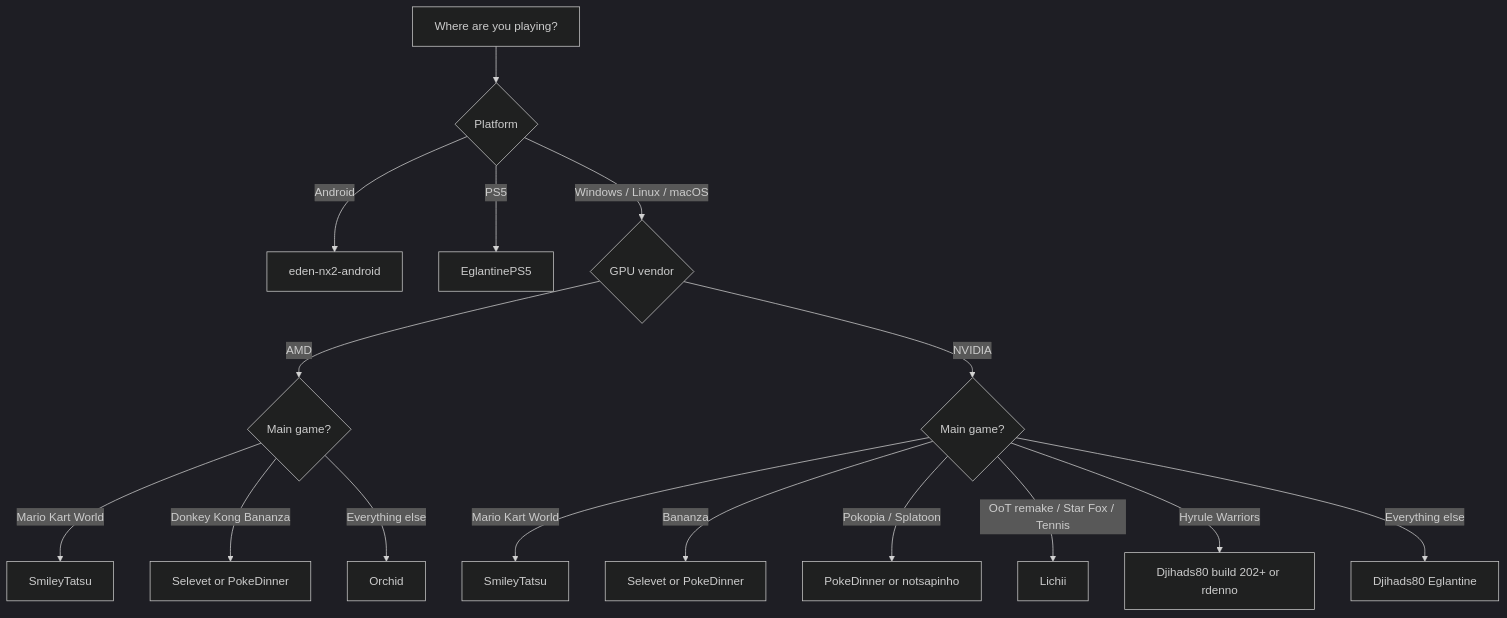
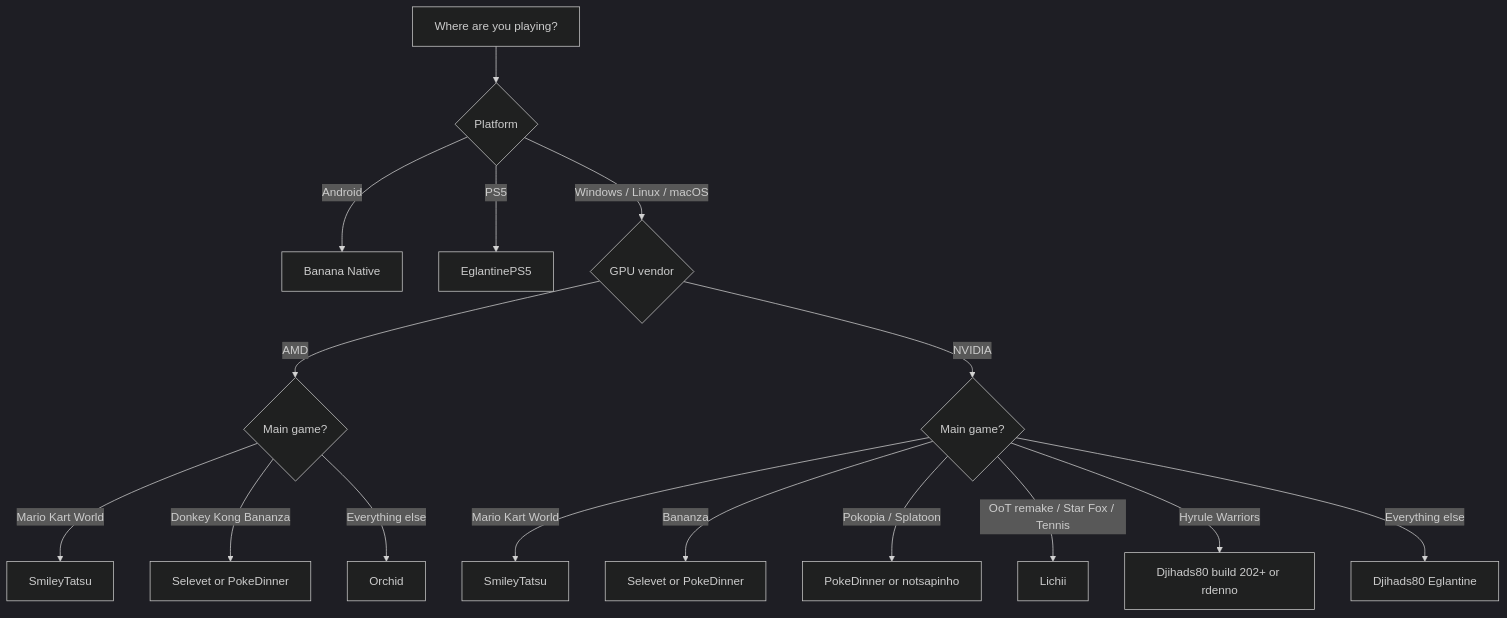
Before and after one commit to Kradnah/wichforks: the diagram in README.md, drawn with Mermaid (dark theme). The commit also changed other lines of this file and 2 other files, not shown here.

First line of the commit message:
Replace unmaintained Android emulator with Banana Native

````diff
--- a/README.md
+++ b/README.md
@@ -52,18 +52,18 @@
 ```mermaid
 flowchart TD
     A[Where are you playing?] --> B{Platform}
-    B -->|Android| C[eden-nx2-android]
+    B -->|Android| C[Banana Native]
     B -->|PS5| D[EglantinePS5]
     B -->|Windows / Linux / macOS| E{GPU vendor}
     E -->|AMD| F{Main game?}
     F -->|Mario Kart World| G[SmileyTatsu]
     F -->|Donkey Kong Bananza| G2[Selevet or PokeDinner]
     F -->|Everything else| H[Orchid]
     E -->|NVIDIA| I{Main game?}
     I -->|Mario Kart World| J[SmileyTatsu]
     I -->|Bananza| K[Selevet or PokeDinner]
     I -->|Pokopia / Splatoon| K2[PokeDinner or notsapinho]
     I -->|OoT remake / Star Fox / Tennis| L[Lichii]
     I -->|Hyrule Warriors| M[Djihads80 build 202+ or rdenno]
     I -->|Everything else| N[Djihads80 Eglantine]
 ```
````
